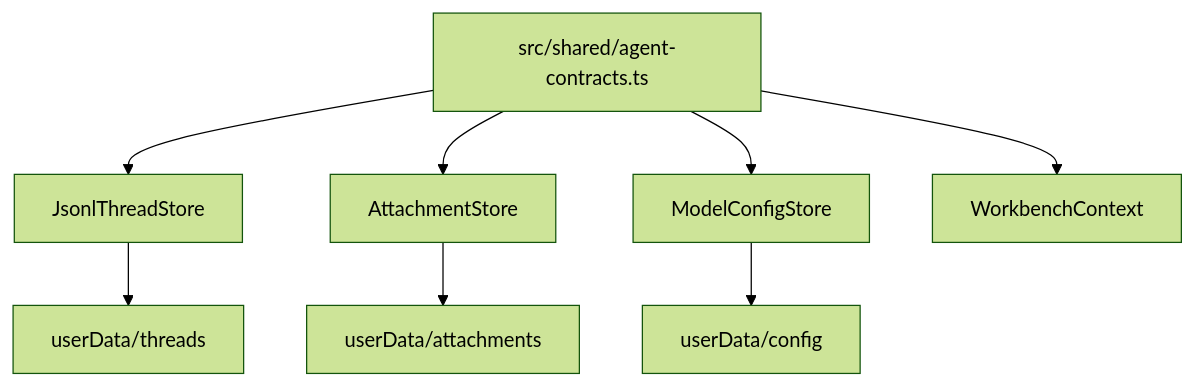
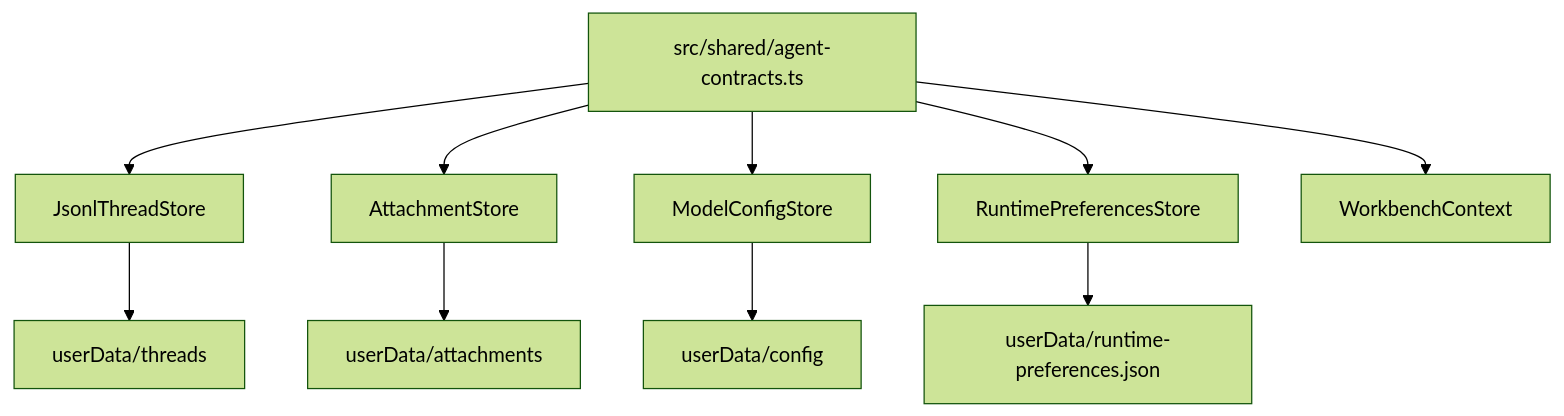
Before and after one commit to dp-sudo/agent-pyramid-desktop: the first of 2 diagrams in docs/data-model.md, drawn with Mermaid (forest theme). The commit also changed other lines of this file and 53 other files, not shown here.

````diff
--- a/docs/data-model.md
+++ b/docs/data-model.md
@@ -40,16 +42,19 @@
 ```mermaid
 flowchart TB
   Contracts["src/shared/agent-contracts.ts"]
   ThreadStore["JsonlThreadStore"]
   AttachmentStore["AttachmentStore"]
   ConfigStore["ModelConfigStore"]
+  RuntimePreferencesStore["RuntimePreferencesStore"]
   Threads["userData/threads"]
   Attachments["userData/attachments"]
   Config["userData/config"]
+  RuntimePreferences["userData/runtime-preferences.json"]
   Renderer["WorkbenchContext"]
 
   Contracts --> ThreadStore --> Threads
   Contracts --> AttachmentStore --> Attachments
   Contracts --> ConfigStore --> Config
+  Contracts --> RuntimePreferencesStore --> RuntimePreferences
   Contracts --> Renderer
 ```
````
